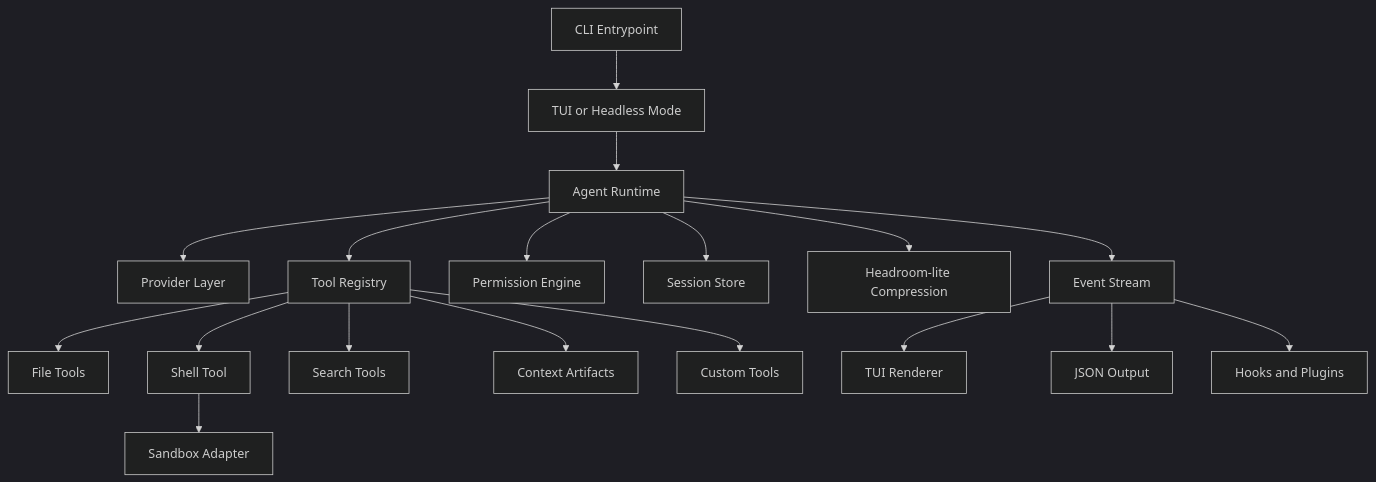
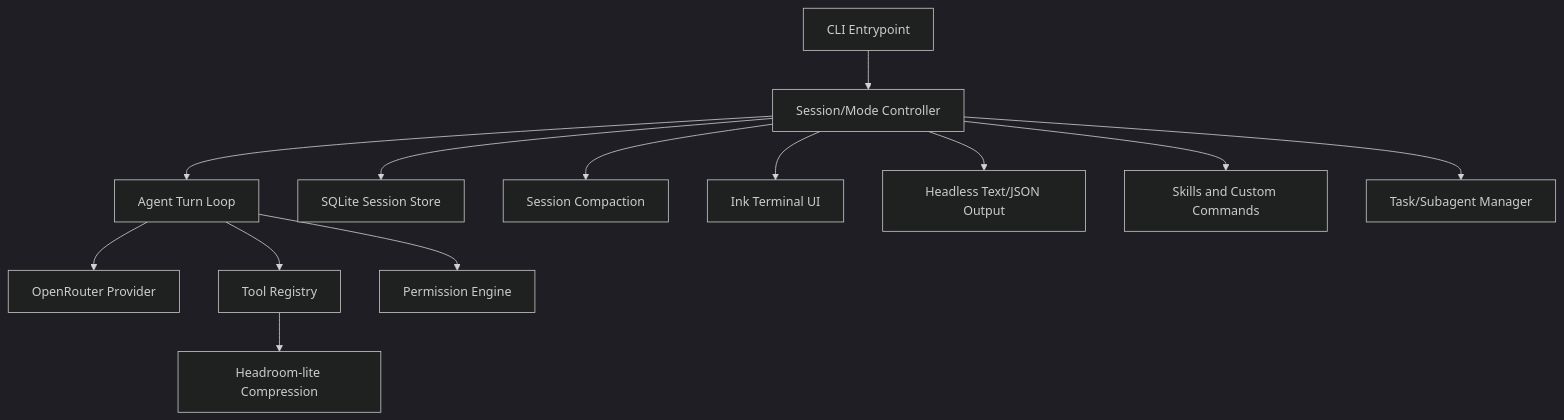
The diagram in README.md (amoreX/furnace), drawn with Mermaid (dark theme) before and after one commit. The commit also changed other lines of this file and 1 other file, not shown here.

````diff
--- a/README.md
+++ b/README.md
@@ -87,20 +251,15 @@
 ```mermaid
 flowchart TD
-  CLI[CLI Entrypoint] --> Surface[TUI or Headless Mode]
-  Surface --> Runtime[Agent Runtime]
-  Runtime --> Provider[Provider Layer]
+  CLI[CLI Entrypoint] --> Controller[Session/Mode Controller]
+  Controller --> Runtime[Agent Turn Loop]
+  Runtime --> Provider[OpenRouter Provider]
   Runtime --> Tools[Tool Registry]
   Runtime --> Permissions[Permission Engine]
-  Runtime --> Sessions[Session Store]
-  Runtime --> Compression[Headroom-lite Compression]
-  Runtime --> Events[Event Stream]
-  Tools --> FileTools[File Tools]
-  Tools --> ShellTool[Shell Tool]
-  Tools --> SearchTools[Search Tools]
-  Tools --> ContextStore[Context Artifacts]
-  Tools --> CustomTools[Custom Tools]
-  ShellTool --> Sandbox[Sandbox Adapter]
-  Events --> TUI[TUI Renderer]
-  Events --> JSON[JSON Output]
-  Events --> Plugins[Hooks and Plugins]
+  Controller --> Sessions[SQLite Session Store]
+  Controller --> Compaction[Session Compaction]
+  Tools --> Compression[Headroom-lite Compression]
+  Controller --> TUI[Ink Terminal UI]
+  Controller --> Headless[Headless Text/JSON Output]
+  Controller --> Skills[Skills and Custom Commands]
+  Controller --> Subagents[Task/Subagent Manager]
 ```
````
